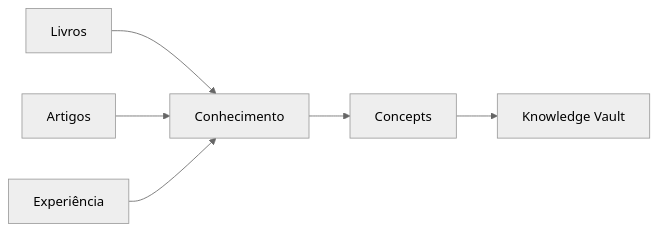
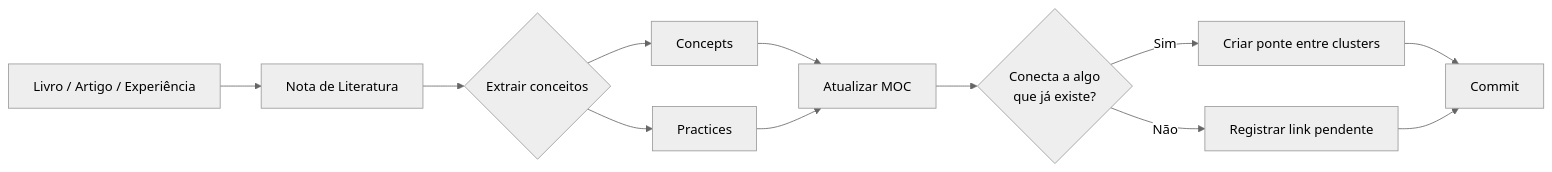
Before and after one commit to heitorrapcinski/Knowledge-Vault: the diagram in README.md, drawn with Mermaid (neutral theme). The commit also changed other lines of this file and 7 other files, not shown here.

````diff
--- a/README.md
+++ b/README.md
@@ -71,15 +310,14 @@
 ```mermaid
 flowchart LR
-
-A[Livros]
-B[Artigos]
-C[Experiência]
-
-A --> D[Conhecimento]
-B --> D
-C --> D
-
-D --> E[Concepts]
-
-E --> F[Knowledge Vault]
+    A[Livro / Artigo / Experiência] --> B[Nota de Literatura]
+    B --> C{Extrair conceitos}
+    C --> D[Concepts]
+    C --> E[Practices]
+    D --> F[Atualizar MOC]
+    E --> F
+    F --> G{Conecta a algo<br/>que já existe?}
+    G -- Sim --> H[Criar ponte entre clusters]
+    G -- Não --> I[Registrar link pendente]
+    H --> J[Commit]
+    I --> J
 ```
````
